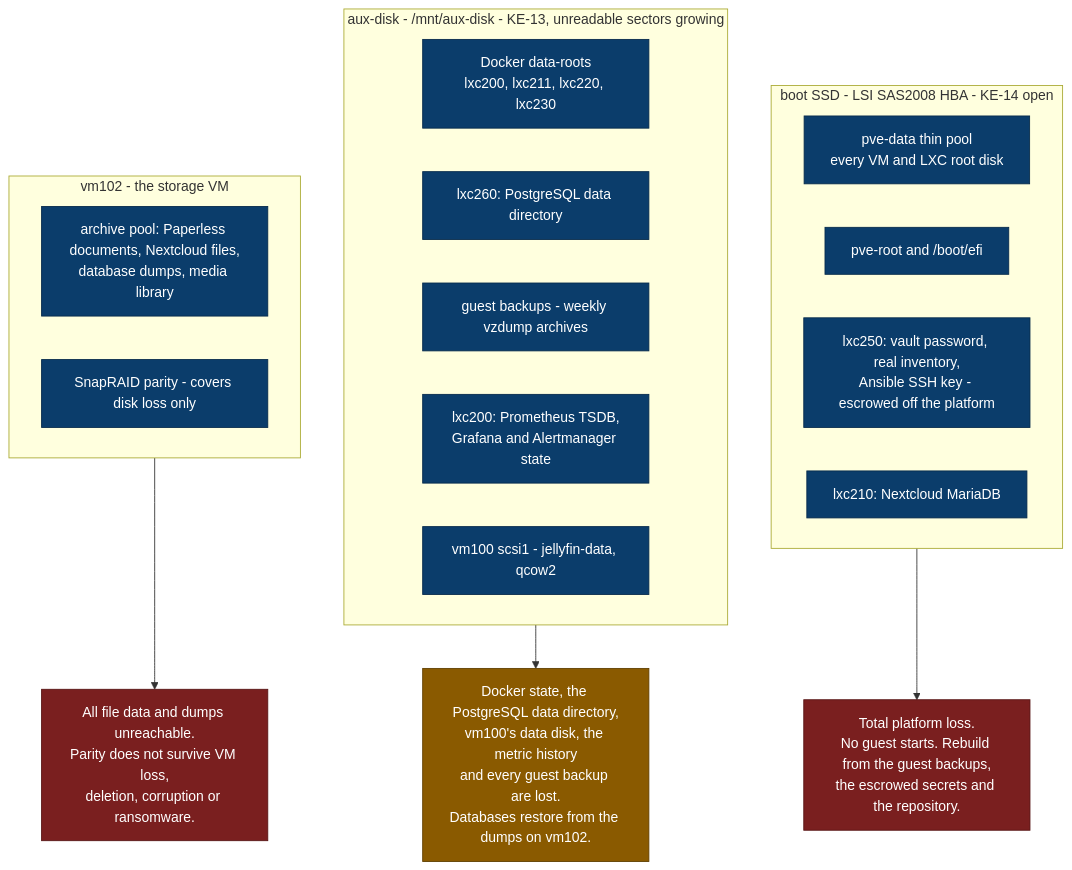
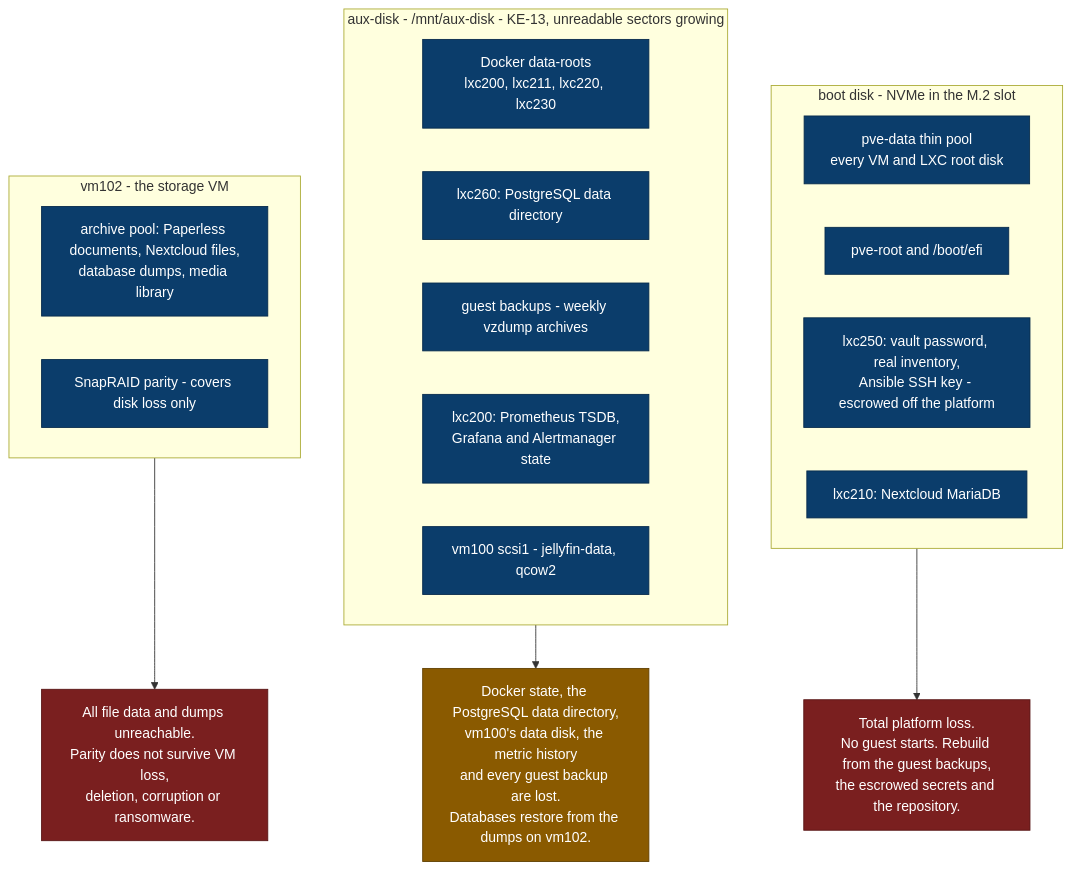
One commit to NicolasPogorzelski/homelab-server-architecture changed the diagram in docs/architecture/failure-domains.md. Above: the diagram before and after it, drawn with Mermaid. The commit also changed other lines of this file and 14 other files, not shown here.

First line of the commit message:
docs(platform): record the move of the boot volume group to NVMe

````diff
--- a/docs/architecture/failure-domains.md
+++ b/docs/architecture/failure-domains.md
@@ -12,36 +12,36 @@
 ```mermaid
 flowchart TB
   accTitle: Failure domains of the platform
-  accDescr: Boot SSD, aux-disk and vm102 as three failure domains, with what each carries and what its loss causes.
+  accDescr: Boot disk, aux-disk and vm102 as three failure domains, with what each carries and what its loss causes.
 
-  subgraph boot["boot SSD - LSI SAS2008 HBA - KE-14 open"]
+  subgraph boot["boot disk - NVMe in the M.2 slot"]
     ROOTS["pve-data thin pool<br/>every VM and LXC root disk"]
     PVEROOT["pve-root and /boot/efi"]
     SECRETS["lxc250: vault password, real inventory,<br/>Ansible SSH key - escrowed off the platform"]
     NCDB["lxc210: Nextcloud MariaDB"]
   end
 
   subgraph auxd["aux-disk - /mnt/aux-disk - KE-13, unreadable sectors growing"]
     DROOTS["Docker data-roots<br/>lxc200, lxc211, lxc220, lxc230"]
     PGDATA["lxc260: PostgreSQL data directory"]
     VZDUMP["guest backups - weekly vzdump archives"]
     MONDATA["lxc200: Prometheus TSDB,<br/>Grafana and Alertmanager state"]
     JELLY["vm100 scsi1 - jellyfin-data, qcow2"]
   end
 
   subgraph storagevm["vm102 - the storage VM"]
     ARCHIVE["archive pool: Paperless documents, Nextcloud files,<br/>database dumps, media library"]
     PARITY["SnapRAID parity - covers disk loss only"]
   end
 
   boot --> L1["Total platform loss.<br/>No guest starts. Rebuild from the guest backups,<br/>the escrowed secrets and the repository."]
   auxd --> L2["Docker state, the PostgreSQL data directory,<br/>vm100's data disk, the metric history<br/>and every guest backup are lost.<br/>Databases restore from the dumps on vm102."]
   storagevm --> L3["All file data and dumps unreachable.<br/>Parity does not survive VM loss,<br/>deletion, corruption or ransomware."]
 
   classDef sick fill:#7a1f1f,stroke:#571414,color:#ffffff
   classDef warn fill:#8a5a00,stroke:#5f3e00,color:#ffffff
   classDef content fill:#0b3d6b,stroke:#062a4b,color:#ffffff
   class L1,L3 sick
   class L2 warn
   class ROOTS,PVEROOT,SECRETS,NCDB,DROOTS,PGDATA,VZDUMP,MONDATA,JELLY,ARCHIVE,PARITY content
 ```
````
